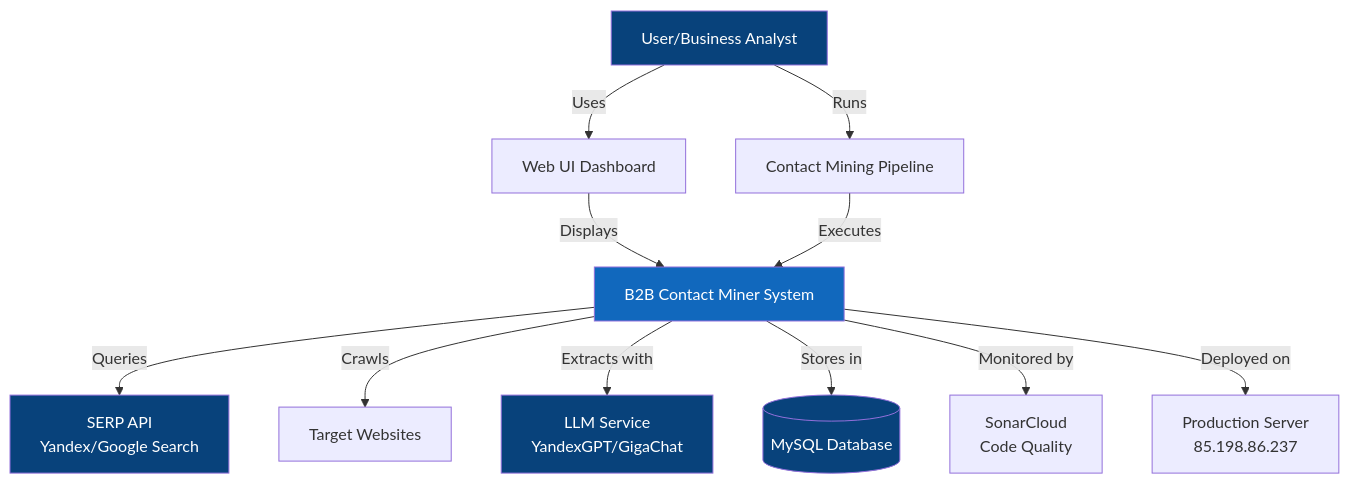
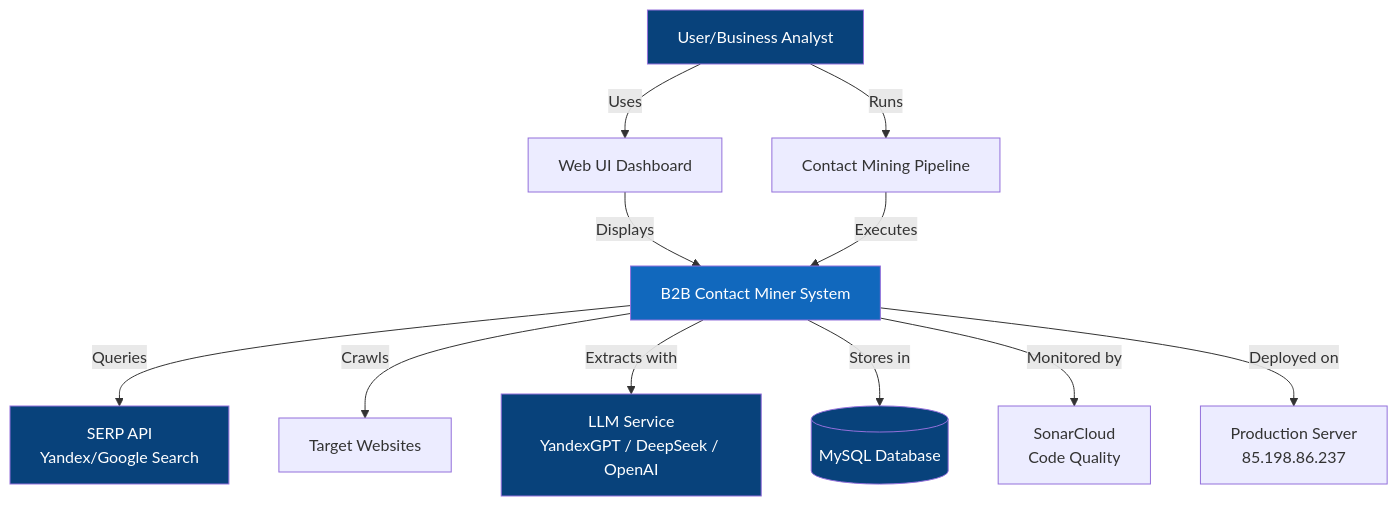
Before and after one commit to hauptmann1971/b2b-contact-miner: the first of 8 diagrams in doc/C4_ARCHITECTURE.md, drawn with Mermaid. The commit also changed other lines of this file and 11 other files, not shown here.

````diff
--- a/doc/C4_ARCHITECTURE.md
+++ b/doc/C4_ARCHITECTURE.md
@@ -5,22 +5,22 @@
 ```mermaid
 graph TB
     User[User/Business Analyst] -->|Uses| WebUI[Web UI Dashboard]
     User -->|Runs| Pipeline[Contact Mining Pipeline]
     
     WebUI -->|Displays| System[B2B Contact Miner System]
     Pipeline -->|Executes| System
     
     System -->|Queries| SERP[SERP API<br/>Yandex/Google Search]
     System -->|Crawls| Websites[Target Websites]
-    System -->|Extracts with| LLM[LLM Service<br/>YandexGPT/GigaChat]
+    System -->|Extracts with| LLM[LLM Service<br/>YandexGPT / DeepSeek / OpenAI]
     System -->|Stores in| MySQL[(MySQL Database)]
     
     System -->|Monitored by| SonarCloud[SonarCloud<br/>Code Quality]
     System -->|Deployed on| Server[Production Server<br/>85.198.86.237]
     
     style System fill:#1168bd,color:#fff
     style User fill:#08427b,color:#fff
     style MySQL fill:#08427b,color:#fff
     style LLM fill:#08427b,color:#fff
     style SERP fill:#08427b,color:#fff
 ```
````
